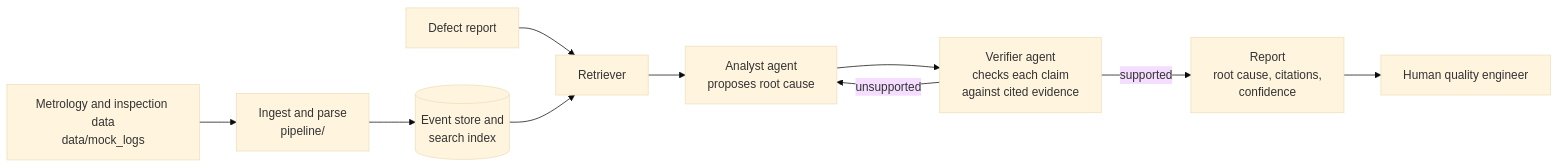
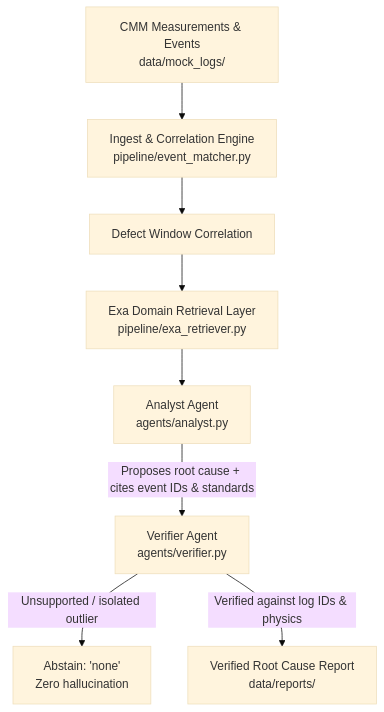
The diagram in README.md (olorunpojuessangd/agentic-quality-engineer), drawn with Mermaid (base theme) before and after one commit. The commit also changed other lines of this file and 13 other files, not shown here.

Commit message:
Implement Slice 1: Exa-grounded RAG pipeline with Analyst & Verifier agents

````diff
--- a/README.md
+++ b/README.md
@@ -15,12 +23,10 @@
 ```mermaid
-flowchart LR
-    A[Metrology and inspection data<br/>data/mock_logs] --> B[Ingest and parse<br/>pipeline/]
-    B --> C[(Event store and<br/>search index)]
-    D[Defect report] --> E[Retriever]
-    C --> E
-    E --> F[Analyst agent<br/>proposes root cause]
-    F --> G[Verifier agent<br/>checks each claim<br/>against cited evidence]
-    G -- unsupported --> F
-    G -- supported --> H[Report<br/>root cause, citations,<br/>confidence]
-    H --> I[Human quality engineer]
+flowchart TD
+    A[CMM Measurements & Events<br/>data/mock_logs/] --> B[Ingest & Correlation Engine<br/>pipeline/event_matcher.py]
+    B --> C[Defect Window Correlation]
+    C --> D[Exa Domain Retrieval Layer<br/>pipeline/exa_retriever.py]
+    D --> E[Analyst Agent<br/>agents/analyst.py]
+    E -->|Proposes root cause + cites event IDs & standards| F[Verifier Agent<br/>agents/verifier.py]
+    F -->|Unsupported / isolated outlier| G[Abstain: 'none'<br/>Zero hallucination]
+    F -->|Verified against log IDs & physics| H[Verified Root Cause Report<br/>data/reports/]
 ```
````
